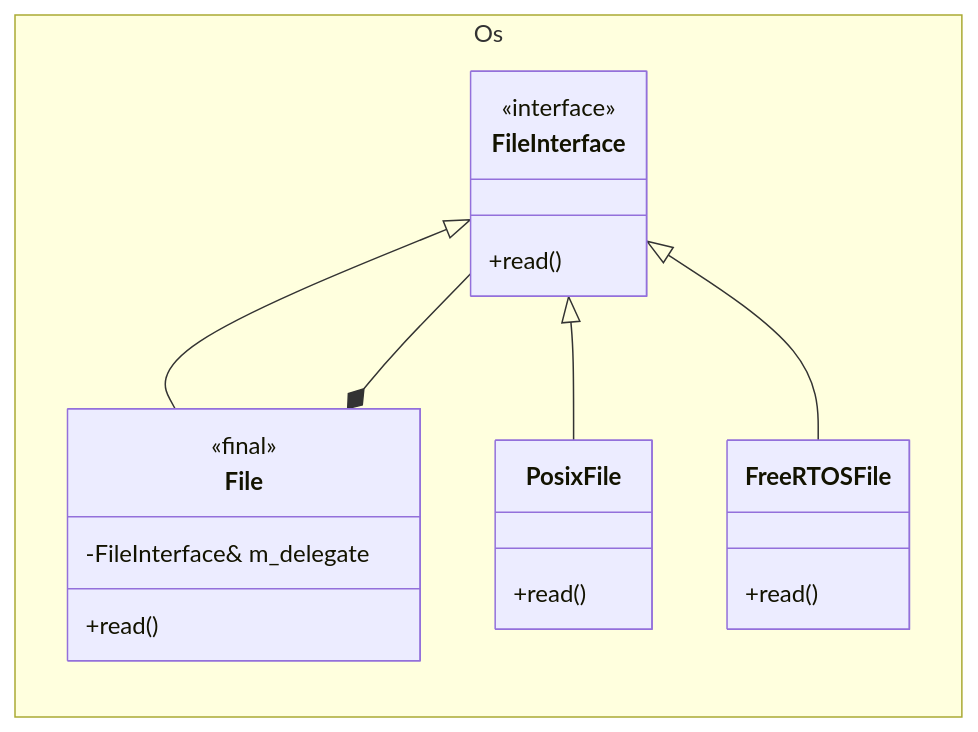
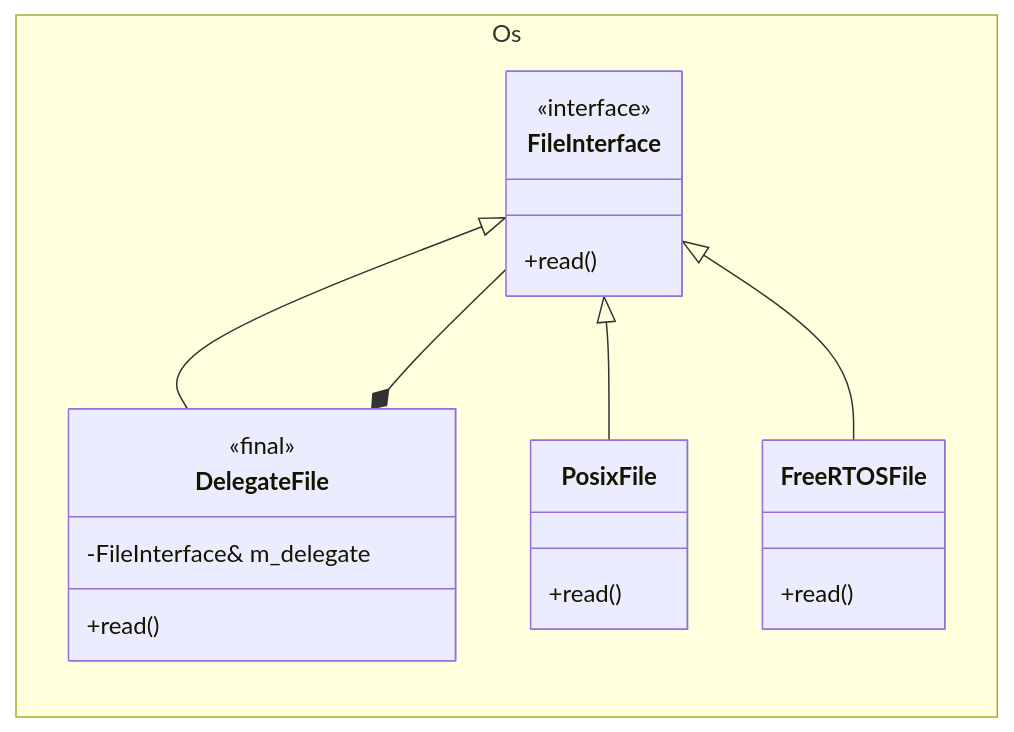
One commit to nasa/fprime changed the diagram in Os/docs/sdd.md. Above: the diagram before and after it, drawn with Mermaid. The commit also changed other lines of this file and 23 other files, not shown here.

````diff
--- a/Os/docs/sdd.md
+++ b/Os/docs/sdd.md
@@ -85,28 +87,28 @@
 ```mermaid
 classDiagram
     direction LR
     namespace Os {
         class FileInterface {
             <<interface>>
             +read()
         }
-        class File {
+        class DelegateFile {
             <<final>>
             -FileInterface& m_delegate
             +read()
         } 
      class PosixFile {
                 +read()
             }
             class FreeRTOSFile {
                 +read()
             }   
     }
 
 
-    File *-- FileInterface
+    DelegateFile *-- FileInterface
     FileInterface <|--  PosixFile
     FileInterface <|--  FreeRTOSFile
-    FileInterface <|--  File
+    FileInterface <|--  DelegateFile
 
 ```
````
